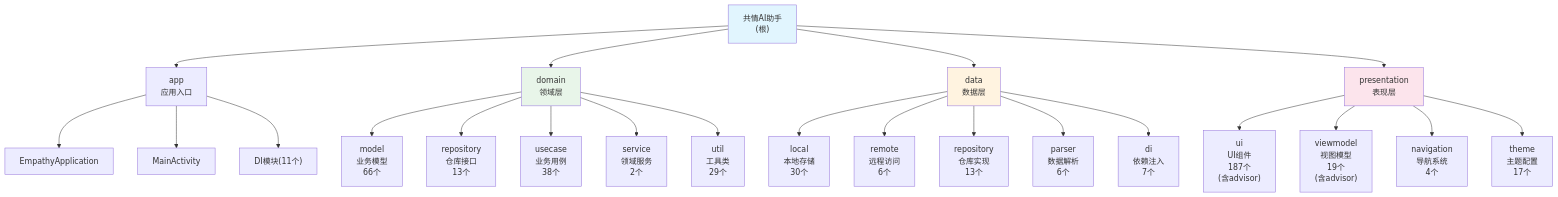
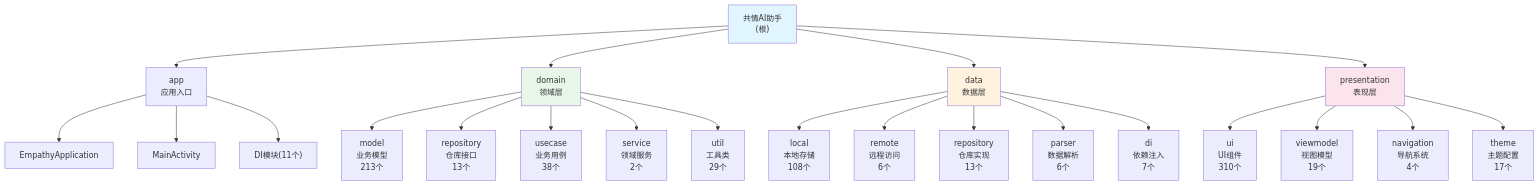
The diagram in CLAUDE.md (ZeroPointSix/empathize-with-others), drawn with Mermaid before and after one commit. The commit also changed other lines of this file and 81 other files, not shown here.

````diff
--- a/CLAUDE.md
+++ b/CLAUDE.md
@@ -81,38 +81,38 @@
 ```mermaid
 graph TD
     A["共情AI助手<br/>(根)"] --> B["app<br/>应用入口"]
     A --> C["domain<br/>领域层"]
     A --> D["data<br/>数据层"]
     A --> E["presentation<br/>表现层"]
 
     B --> B1["EmpathyApplication"]
     B --> B2["MainActivity"]
     B --> B3["DI模块(11个)"]
 
-    C --> C1["model<br/>业务模型<br/>66个"]
+    C --> C1["model<br/>业务模型<br/>213个"]
     C --> C2["repository<br/>仓库接口<br/>13个"]
     C --> C3["usecase<br/>业务用例<br/>38个"]
     C --> C4["service<br/>领域服务<br/>2个"]
     C --> C5["util<br/>工具类<br/>29个"]
 
-    D --> D1["local<br/>本地存储<br/>30个"]
+    D --> D1["local<br/>本地存储<br/>108个"]
     D --> D2["remote<br/>远程访问<br/>6个"]
     D --> D3["repository<br/>仓库实现<br/>13个"]
     D --> D4["parser<br/>数据解析<br/>6个"]
     D --> D5["di<br/>依赖注入<br/>7个"]
 
-    E --> E1["ui<br/>UI组件<br/>187个<br/>(含advisor)"]
-    E --> E2["viewmodel<br/>视图模型<br/>19个<br/>(含advisor)"]
+    E --> E1["ui<br/>UI组件<br/>310个"]
+    E --> E2["viewmodel<br/>视图模型<br/>19个"]
     E --> E3["navigation<br/>导航系统<br/>4个"]
     E --> E4["theme<br/>主题配置<br/>17个"]
 
     style A fill:#e1f5fe
     style C fill:#e8f5e9
     style D fill:#fff3e0
     style E fill:#fce4ec
 
     click C "./domain/CLAUDE.md" "查看 domain 模块文档"
     click D "./data/CLAUDE.md" "查看 data 模块文档"
     click E "./presentation/CLAUDE.md" "查看 presentation 模块文档"
     click B "app/src/main/java/com/empathy/ai/app/CLAUDE.md" "查看 app 模块文档"
 ```
````
